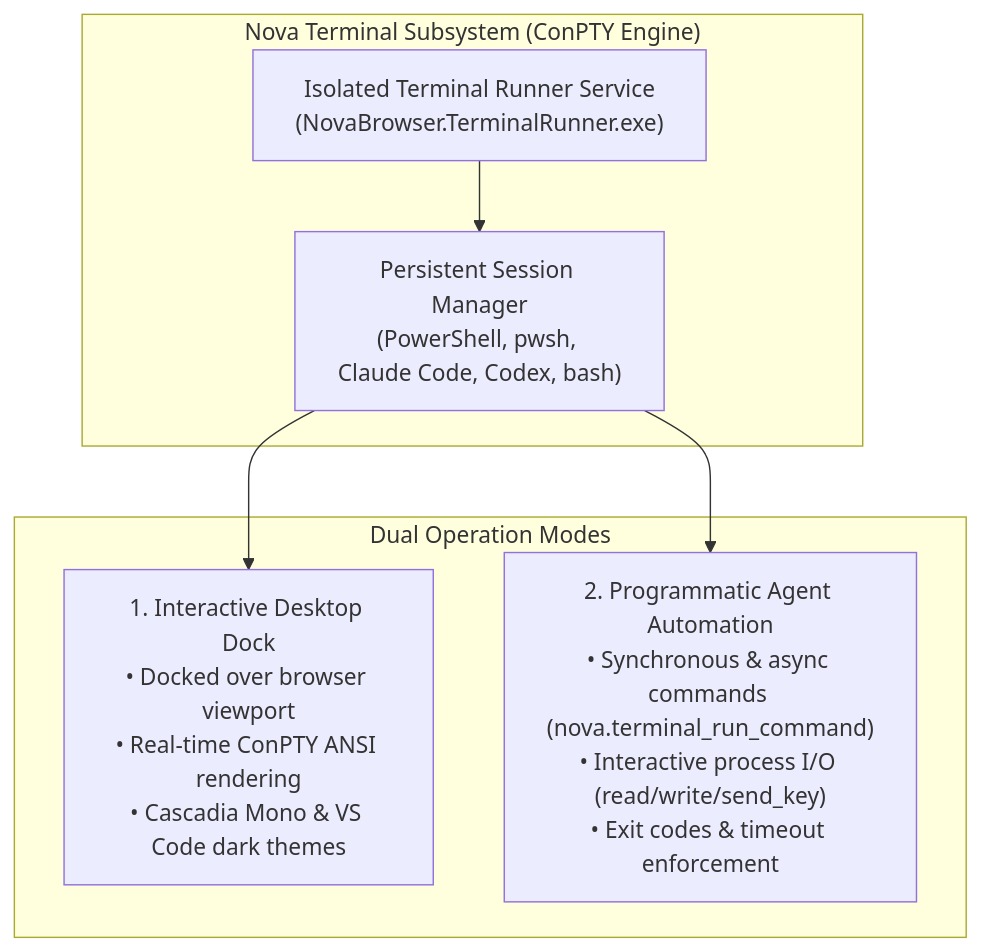
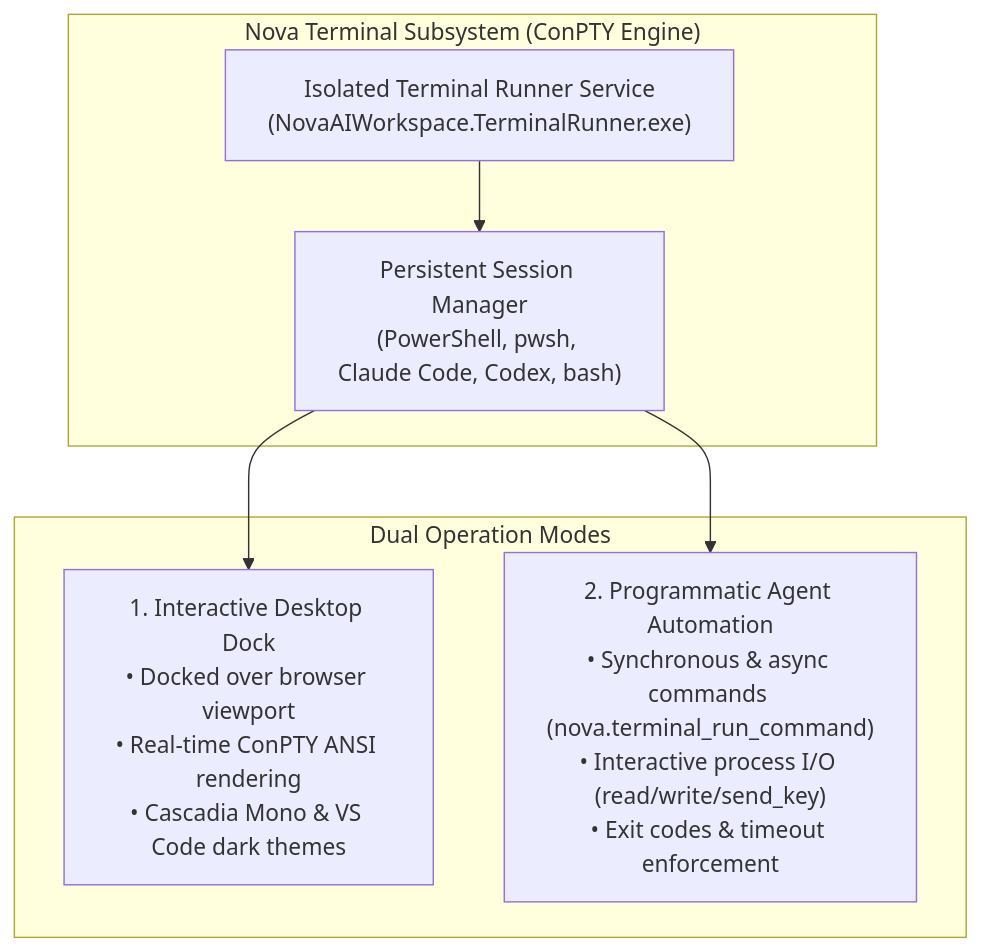
One commit to joelaniol/nova changed the diagram in docs/user-guide/tools/terminal.md. Above: the diagram before and after it, drawn with Mermaid. The commit also changed 58 other files, not shown here.

Commit message:
docs: run_rows tools, fastlane memory tools, NovaAIWorkspace helper names

````diff
--- a/docs/user-guide/tools/terminal.md
+++ b/docs/user-guide/tools/terminal.md
@@ -14,16 +14,16 @@
 ```mermaid
 flowchart TD
     subgraph Engine ["Nova Terminal Subsystem (ConPTY Engine)"]
-        Runner["Isolated Terminal Runner Service<br/>(NovaBrowser.TerminalRunner.exe)"]
+        Runner["Isolated Terminal Runner Service<br/>(NovaAIWorkspace.TerminalRunner.exe)"]
         Sessions["Persistent Session Manager<br/>(PowerShell, pwsh, Claude Code, Codex, bash)"]
         Runner --> Sessions
     end
 
     subgraph Modes ["Dual Operation Modes"]
         InteractiveDock["1. Interactive Desktop Dock<br/>• Docked over browser viewport<br/>• Real-time ConPTY ANSI rendering<br/>• Cascadia Mono & VS Code dark themes"]
         McpAutomation["2. Programmatic Agent Automation<br/>• Synchronous & async commands (nova.terminal_run_command)<br/>• Interactive process I/O (read/write/send_key)<br/>• Exit codes & timeout enforcement"]
     end
 
     Sessions --> InteractiveDock
     Sessions --> McpAutomation
 ```
````
